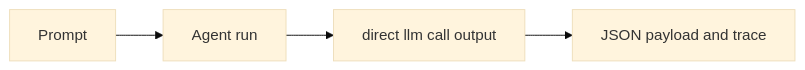
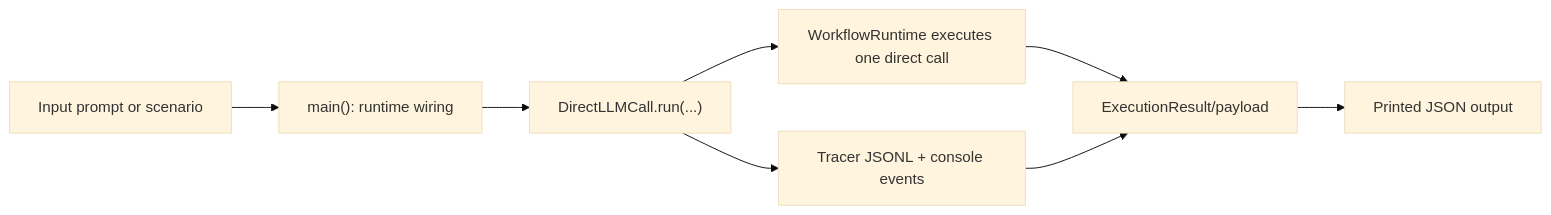
The diagram in docs/examples/agents/direct_llm_call.rst (cmudrc/design-research-agents), drawn with Mermaid (base theme) before and after one commit. The commit also changed other lines of this file and 83 other files, not shown here.

```diff
--- a/docs/examples/agents/direct_llm_call.rst
+++ b/docs/examples/agents/direct_llm_call.rst
@@ -21,6 +23,10 @@
 .. mermaid::
 
    flowchart LR
-       A["Prompt"] --> B["Agent run"]
-       B --> C["direct llm call output"]
-       C --> D["JSON payload and trace"]
+       A["Input prompt or scenario"] --> B["main(): runtime wiring"]
+       B --> C["DirectLLMCall.run(...)"]
+       C --> D["WorkflowRuntime executes one direct call"]
+       C --> E["Tracer JSONL + console events"]
+       D --> F["ExecutionResult/payload"]
+       E --> F
+       F --> G["Printed JSON output"]
```
